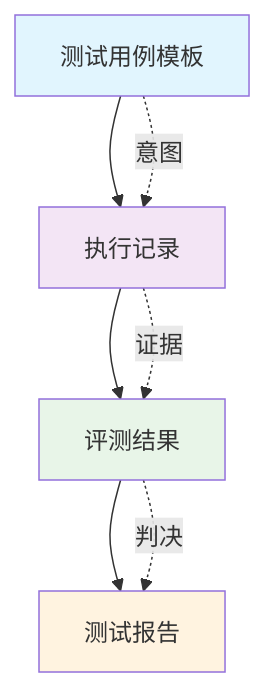
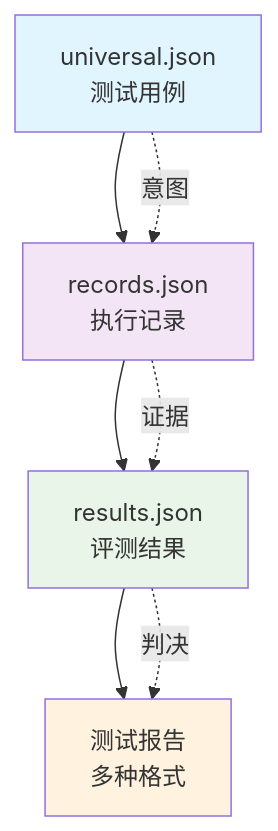
One commit to BighuaBighua/llm-testing-portfolio changed the diagram in knowledge-base/01-架构设计/三文件分离架构详解.md. Above: the diagram before and after it, drawn with Mermaid. The commit also changed other lines of this file and 69 other files, not shown here.

````diff
--- a/knowledge-base/01-架构设计/三文件分离架构详解.md
+++ b/knowledge-base/01-架构设计/三文件分离架构详解.md
@@ -50,15 +54,15 @@
 ```mermaid
 graph TD
-    A[测试用例模板] --> B[执行记录]
-    B --> C[评测结果]
-    C --> D[测试报告]
-    
+    A[universal.json<br/>测试用例] --> B[records.json<br/>执行记录]
+    B --> C[results.json<br/>评测结果]
+    C --> D[测试报告<br/>多种格式]
+
     A -.->|意图| B
     B -.->|证据| C
     C -.->|判决| D
-    
+
     style A fill:#e1f5fe
     style B fill:#f3e5f5
     style C fill:#e8f5e8
     style D fill:#fff3e0
 ```
````
